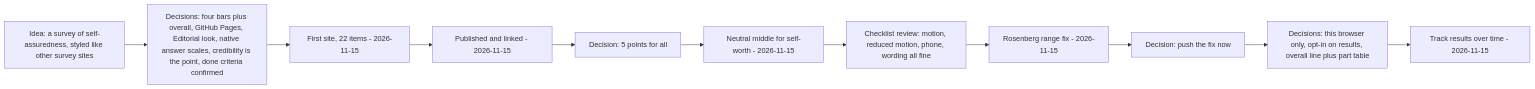
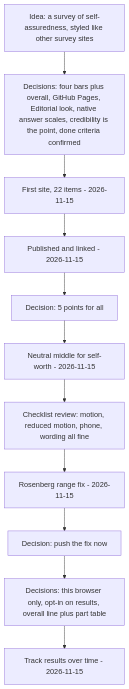
The first of 3 diagrams in docs/HOW-IT-WAS-BUILT.md (amalmehta/SelfAssured), drawn with Mermaid before and after one commit.

Commit message:
Draw the build history top to bottom so it stays readable

````diff
--- a/docs/HOW-IT-WAS-BUILT.md
+++ b/docs/HOW-IT-WAS-BUILT.md
@@ -8,15 +8,15 @@
 ```mermaid
-flowchart LR
+flowchart TD
   I["Idea: a survey of self-assuredness, styled like other survey sites"]
   D1["Decisions: four bars plus overall, GitHub Pages, Editorial look, native answer scales, credibility is the point, done criteria confirmed"]
   M1["First site, 22 items - 2026-11-15"]
   M2["Published and linked - 2026-11-15"]
   D2["Decision: 5 points for all"]
   M3["Neutral middle for self-worth - 2026-11-15"]
   D3["Checklist review: motion, reduced motion, phone, wording all fine"]
   M4["Rosenberg range fix - 2026-11-15"]
   D4["Decision: push the fix now"]
   D5["Decisions: this browser only, opt-in on results, overall line plus part table"]
   M5["Track results over time - 2026-11-15"]
   I --> D1 --> M1 --> M2 --> D2 --> M3 --> D3 --> M4 --> D4 --> D5 --> M5
 ```
````
